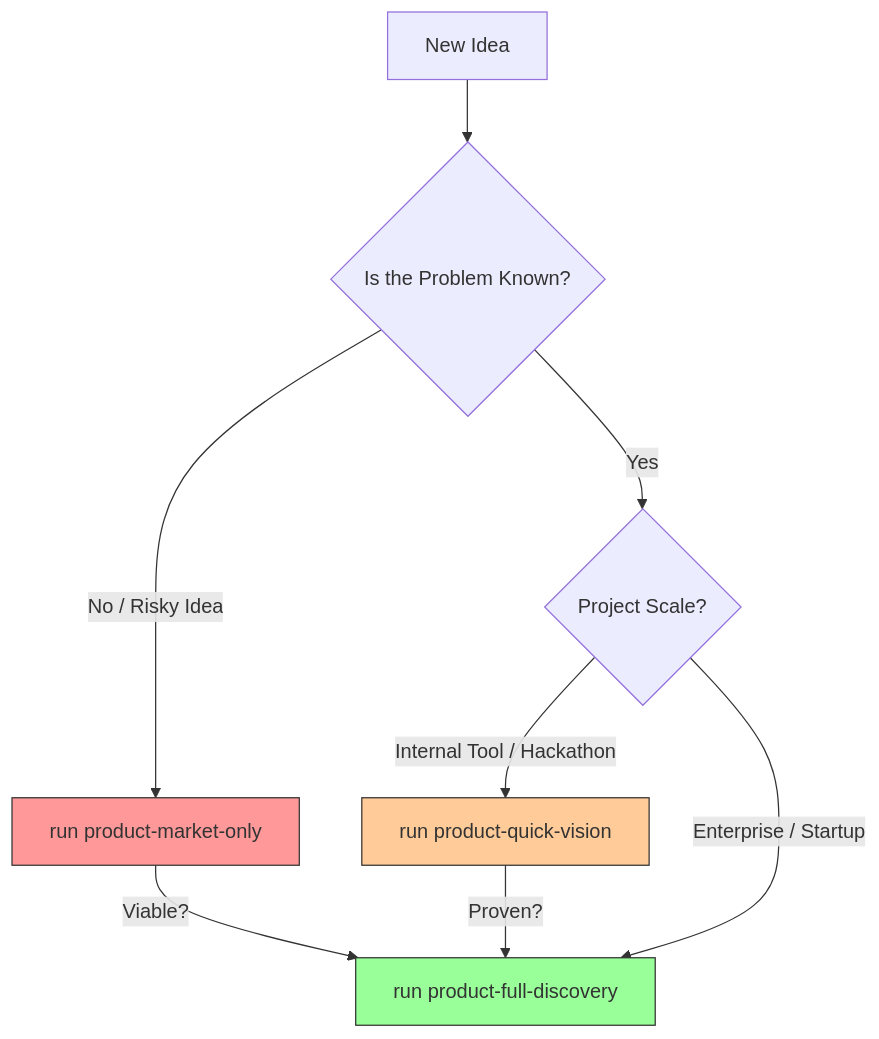
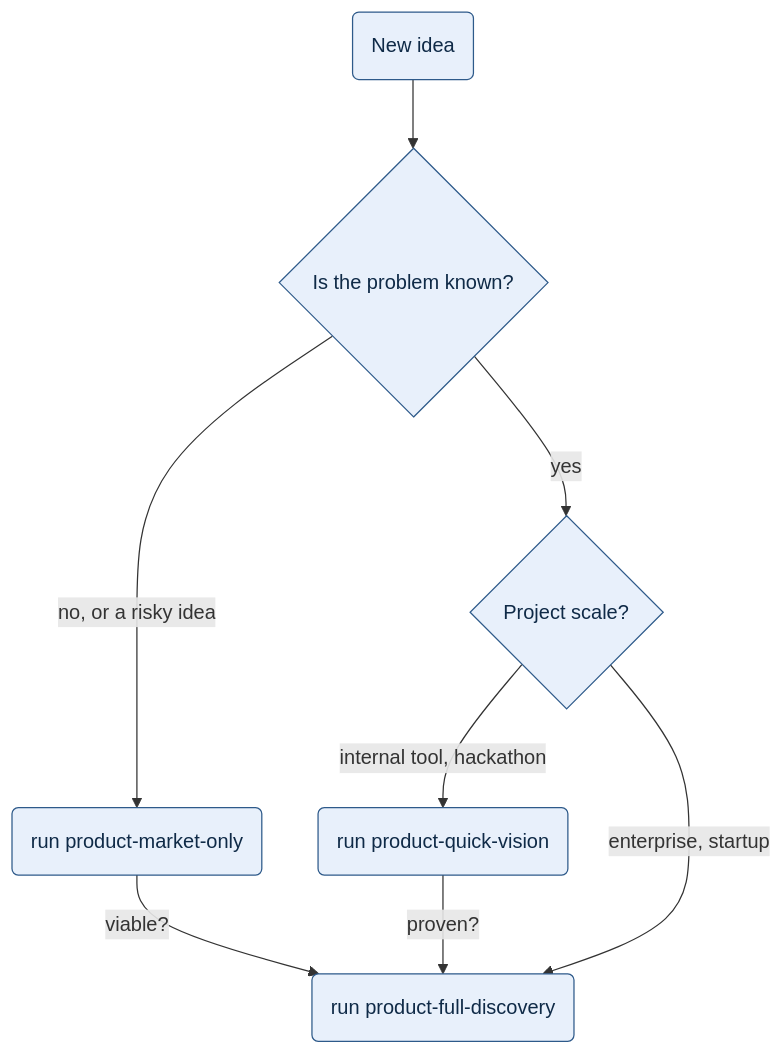
The second of 2 diagrams in System/Docs/WORKFLOWS.md (MatrixFounder/Agentic-development), drawn with Mermaid before and after one commit. The commit also changed other lines of this file and 5 other files, not shown here.

First line of the commit message:
WI-21 done: the framework's figures pass the mermaid render check

````diff
--- a/System/Docs/WORKFLOWS.md
+++ b/System/Docs/WORKFLOWS.md
@@ -406,16 +324,21 @@
 ```mermaid
-graph TD
-    A[New Idea] --> T{Is the Problem Known?}
-    T -->|No / Risky Idea| V[run product-market-only]
-    T -->|Yes| S{Project Scale?}
-    
-    S -->|Internal Tool / Hackathon| Q[run product-quick-vision]
-    S -->|Enterprise / Startup| F[run product-full-discovery]
-    
-    V -- Viable? --> F
-    Q -- Proven? --> F
-    
-    style V fill:#ff9999,stroke:#333
-    style Q fill:#ffcc99,stroke:#333
-    style F fill:#99ff99,stroke:#333
+%%{init: {"layout": "dagre", "look": "classic", "flowchart": {"nodeSpacing": 45, "rankSpacing": 55, "wrappingWidth": 400}}}%%
+flowchart TB
+  accTitle: Choosing the product approach
+  accDescr: Two questions pick one of the three product workflows; the two short ones can lead into the full one.
+  A("New idea")
+  T{"Is the problem known?"}
+  S{"Project scale?"}
+  V("run product-market-only")
+  Q("run product-quick-vision")
+  F("run product-full-discovery")
+  A --> T
+  T -->|"no, or a risky idea"| V
+  T -->|yes| S
+  S -->|"internal tool, hackathon"| Q
+  S -->|"enterprise, startup"| F
+  V -->|"viable?"| F
+  Q -->|"proven?"| F
+  class A,T,S,V,Q,F wf
+  classDef wf fill:#E8F0FB,stroke:#2E5A8A,color:#0F2A47
 ```
````
